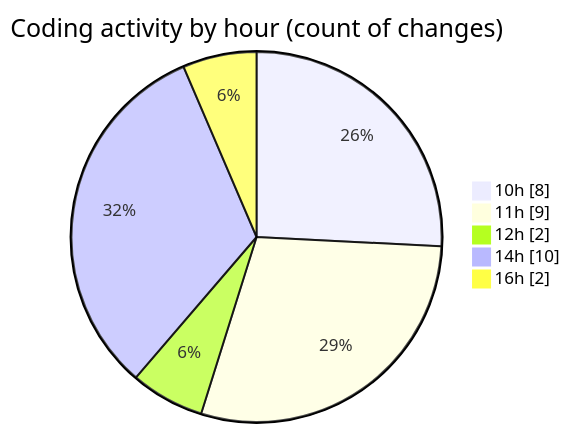
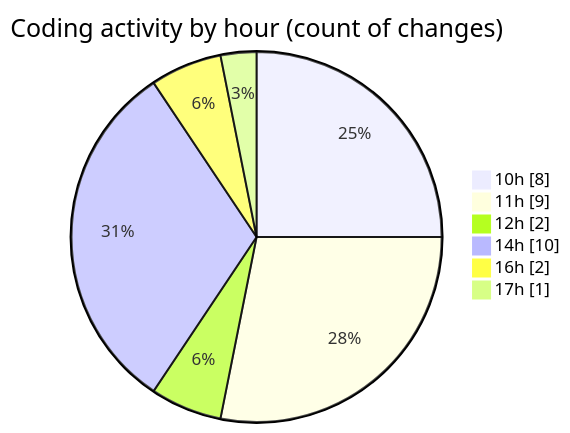
The second of 2 diagrams in 2025-12-30/budget_front_nest/README.md (igalym/code-tracking), drawn with Mermaid before and after one commit. The commit also changed other lines of this file and 1 other file, not shown here.

````diff
--- a/2025-12-30/budget_front_nest/README.md
+++ b/2025-12-30/budget_front_nest/README.md
@@ -44,9 +44,10 @@
 ```mermaid
 pie showData
 title Coding activity by hour (count of changes)
 "10h" : 8
 "11h" : 9
 "12h" : 2
 "14h" : 10
 "16h" : 2
+"17h" : 1
 ```
````
